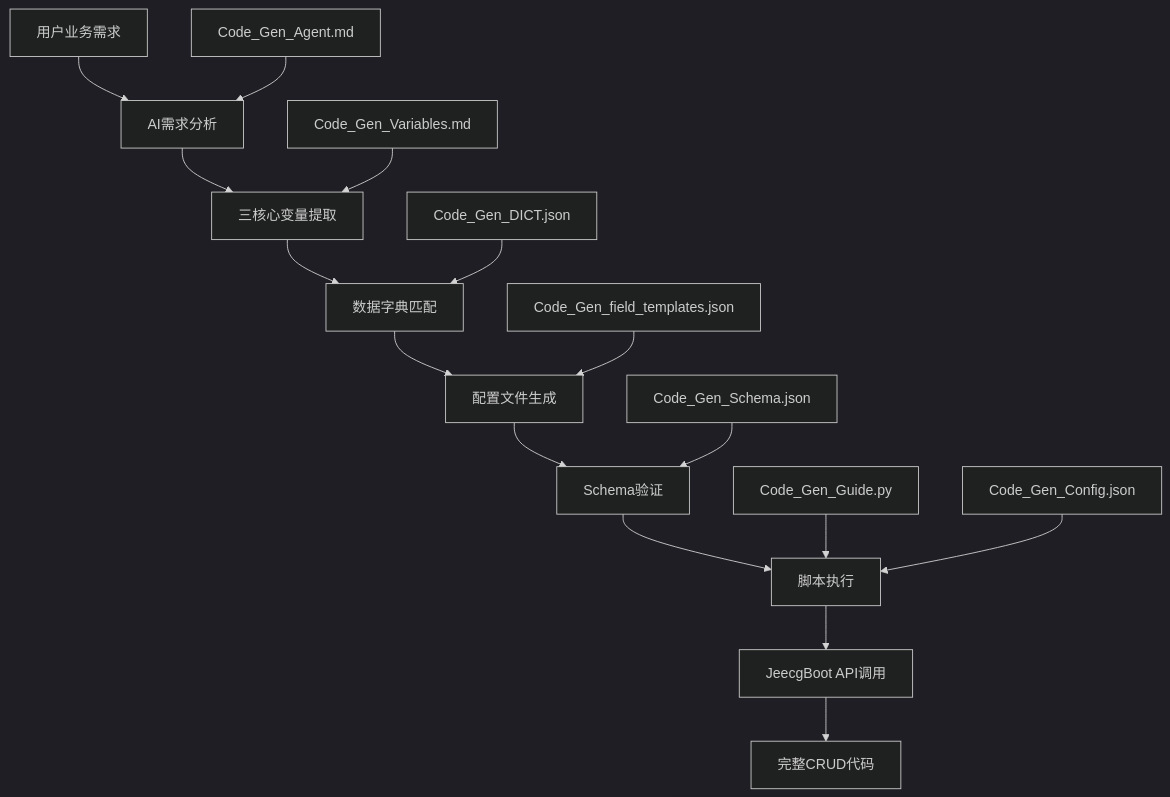
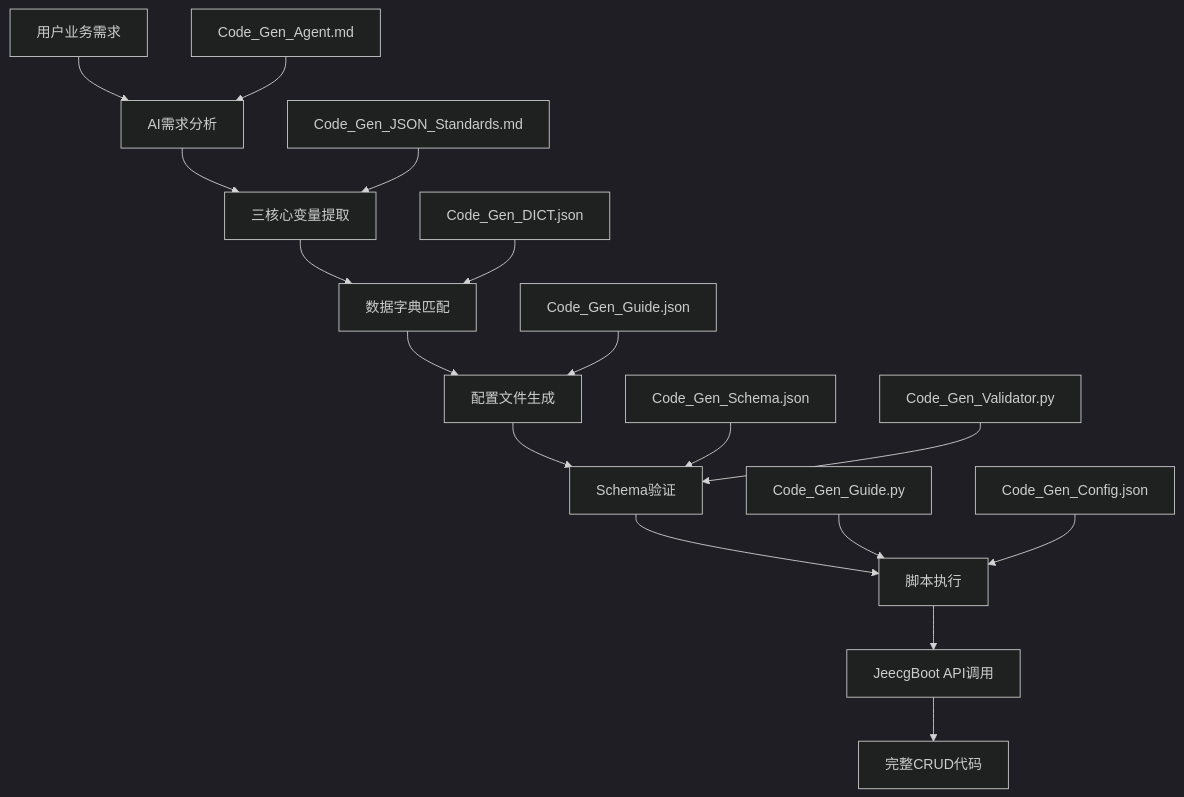
Before and after one commit to kyne0116/JeecgBoot: the diagram in CodeGen/README.md, drawn with Mermaid (dark theme). The commit also changed other lines of this file and 14 other files, not shown here.

````diff
--- a/CodeGen/README.md
+++ b/CodeGen/README.md
@@ -39,19 +41,20 @@
 ```mermaid
 graph TD
     A[用户业务需求] --> B[AI需求分析]
     B --> C[三核心变量提取]
     C --> D[数据字典匹配]
     D --> E[配置文件生成]
     E --> F[Schema验证]
     F --> G[脚本执行]
     G --> H[JeecgBoot API调用]
     H --> I[完整CRUD代码]
 
     B1[Code_Gen_Agent.md] --> B
-    C1[Code_Gen_Variables.md] --> C
+    C1[Code_Gen_JSON_Standards.md] --> C
     D1[Code_Gen_DICT.json] --> D
-    E1[Code_Gen_field_templates.json] --> E
+    E1[Code_Gen_Guide.json] --> E
     F1[Code_Gen_Schema.json] --> F
+    F2[Code_Gen_Validator.py] --> F
     G1[Code_Gen_Guide.py] --> G
     G2[Code_Gen_Config.json] --> G
 ```
````
